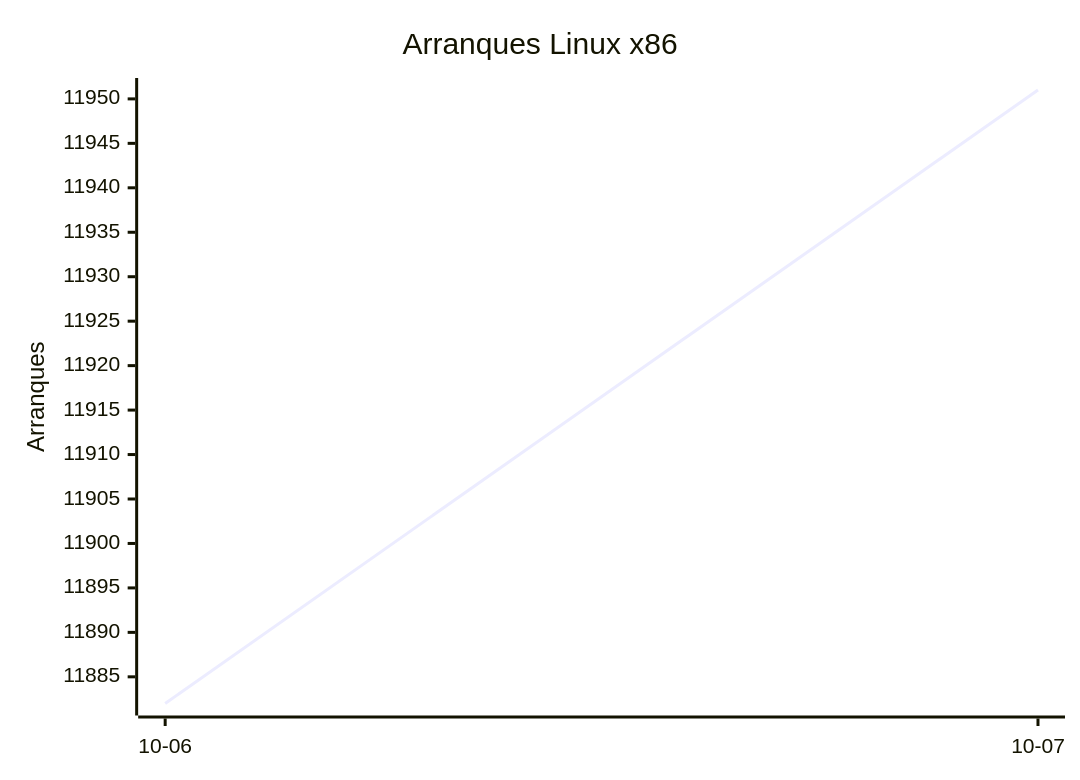
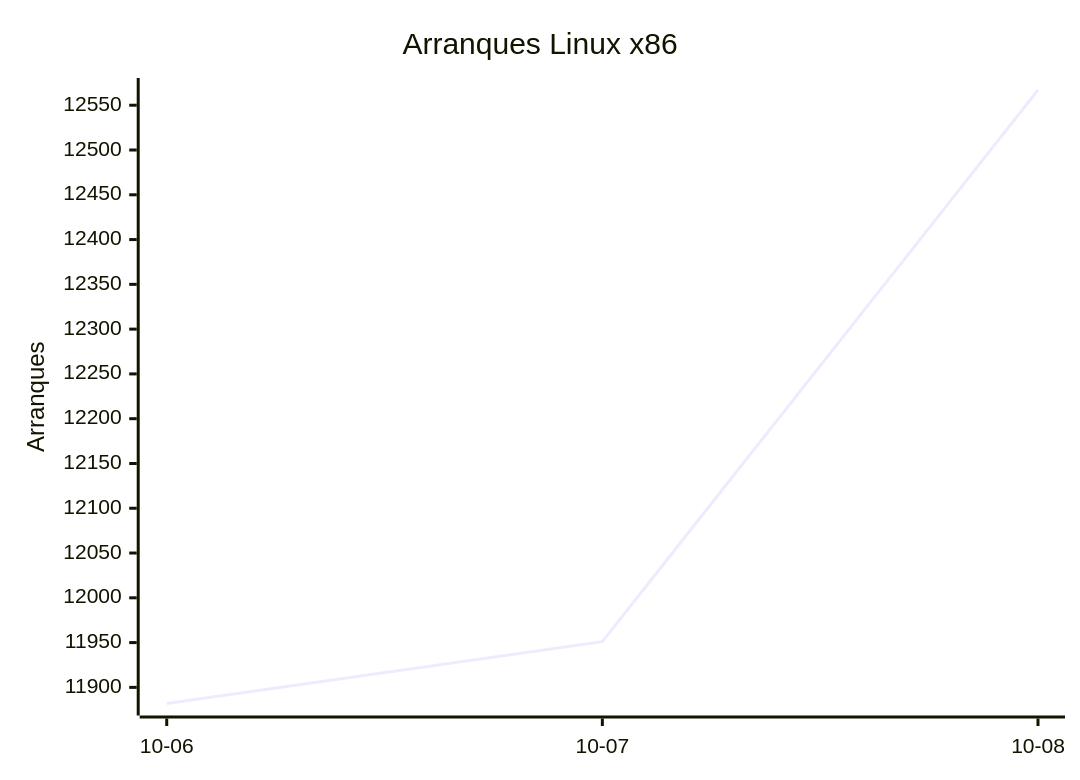
The first of 8 diagrams in README.md (EmuDeck/stats), drawn with Mermaid before and after one commit. The commit also changed other lines of this file and 2 other files, not shown here.

````diff
--- a/README.md
+++ b/README.md
@@ -18,7 +18,7 @@
 ```mermaid
 xychart-beta
     title "Arranques Linux x86"
-    x-axis ["10-06", "10-07"]
+    x-axis ["10-06", "10-07", "10-08"]
     y-axis "Arranques"
-    line [11882, 11951]
+    line [11882, 11951, 12567]
 ```
````
